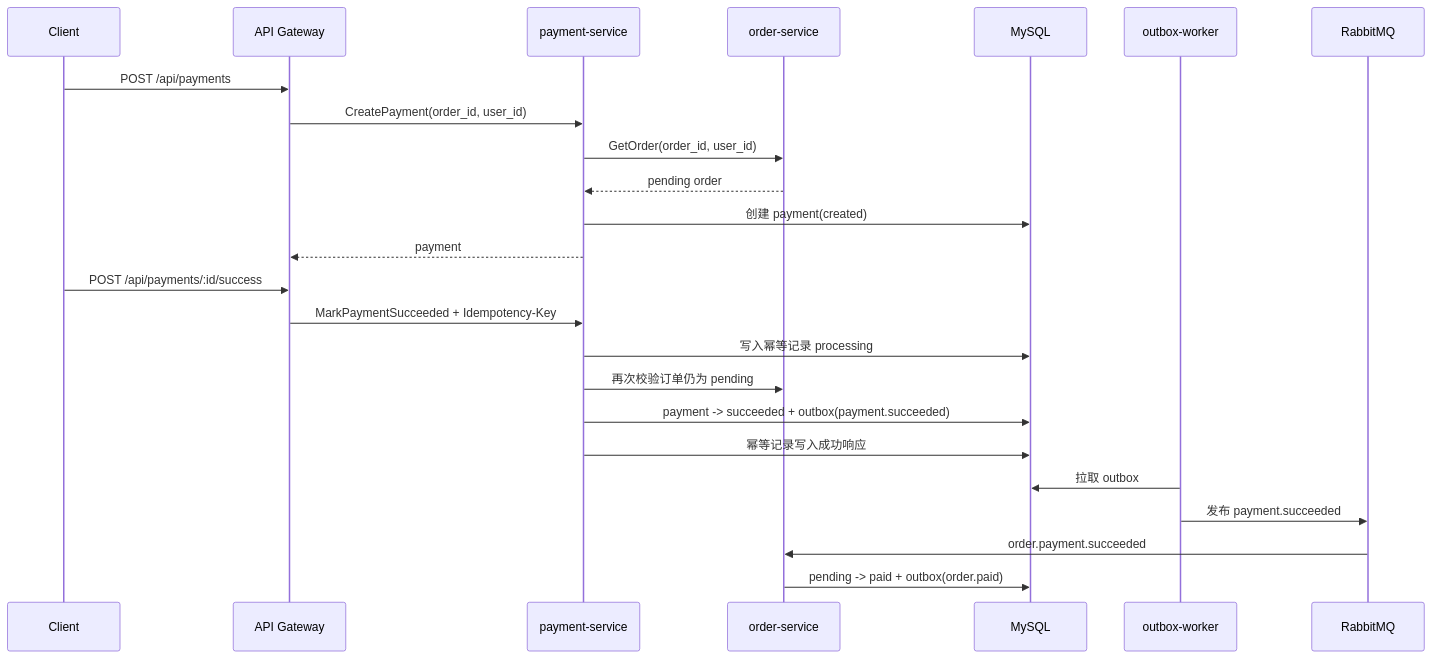
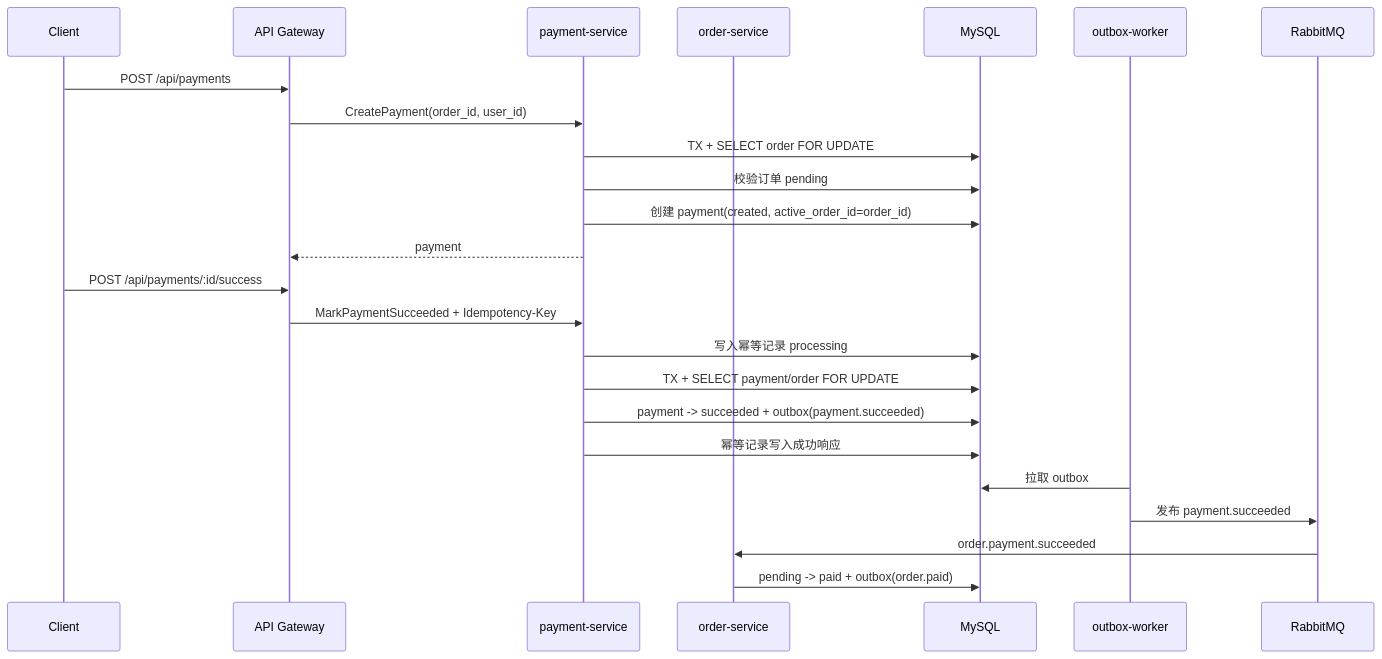
The fourth of 7 diagrams in docs/TECHNICAL_DOCUMENT.md (SymphonyW/Go-Commerce), drawn with Mermaid before and after one commit. The commit also changed other lines of this file and 6 other files, not shown here.

Commit message:
fix(payment): enforce one active payment per order

````diff
--- a/docs/TECHNICAL_DOCUMENT.md
+++ b/docs/TECHNICAL_DOCUMENT.md
@@ -172,28 +172,28 @@
 ```mermaid
 sequenceDiagram
     participant C as Client
     participant G as API Gateway
     participant P as payment-service
     participant O as order-service
     participant DB as MySQL
     participant W as outbox-worker
     participant MQ as RabbitMQ
 
     C->>G: POST /api/payments
     G->>P: CreatePayment(order_id, user_id)
-    P->>O: GetOrder(order_id, user_id)
-    O-->>P: pending order
-    P->>DB: 创建 payment(created)
+    P->>DB: TX + SELECT order FOR UPDATE
+    P->>DB: 校验订单 pending
+    P->>DB: 创建 payment(created, active_order_id=order_id)
     P-->>G: payment
 
     C->>G: POST /api/payments/:id/success
     G->>P: MarkPaymentSucceeded + Idempotency-Key
     P->>DB: 写入幂等记录 processing
-    P->>O: 再次校验订单仍为 pending
+    P->>DB: TX + SELECT payment/order FOR UPDATE
     P->>DB: payment -> succeeded + outbox(payment.succeeded)
     P->>DB: 幂等记录写入成功响应
     W->>DB: 拉取 outbox
     W->>MQ: 发布 payment.succeeded
     MQ->>O: order.payment.succeeded
     O->>DB: pending -> paid + outbox(order.paid)
 ```
````
